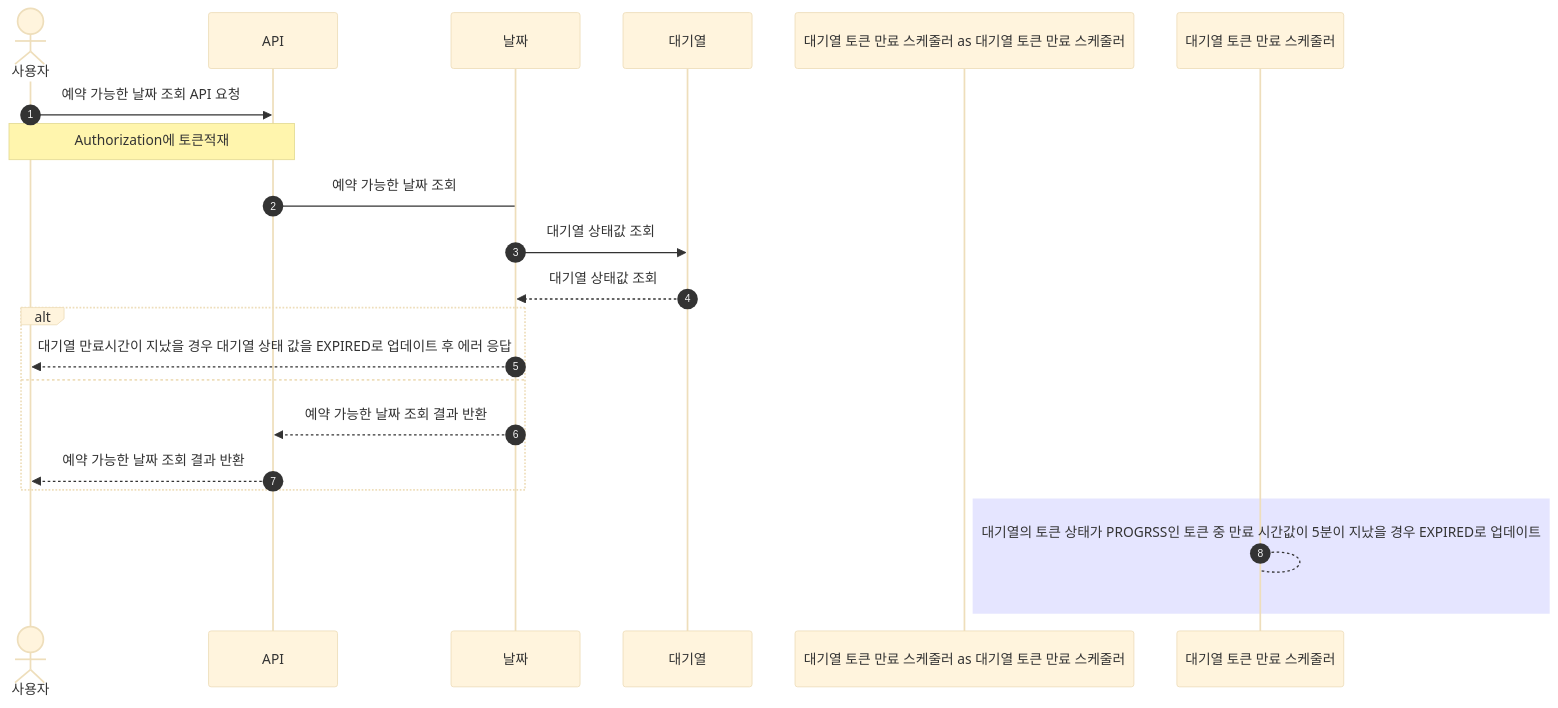
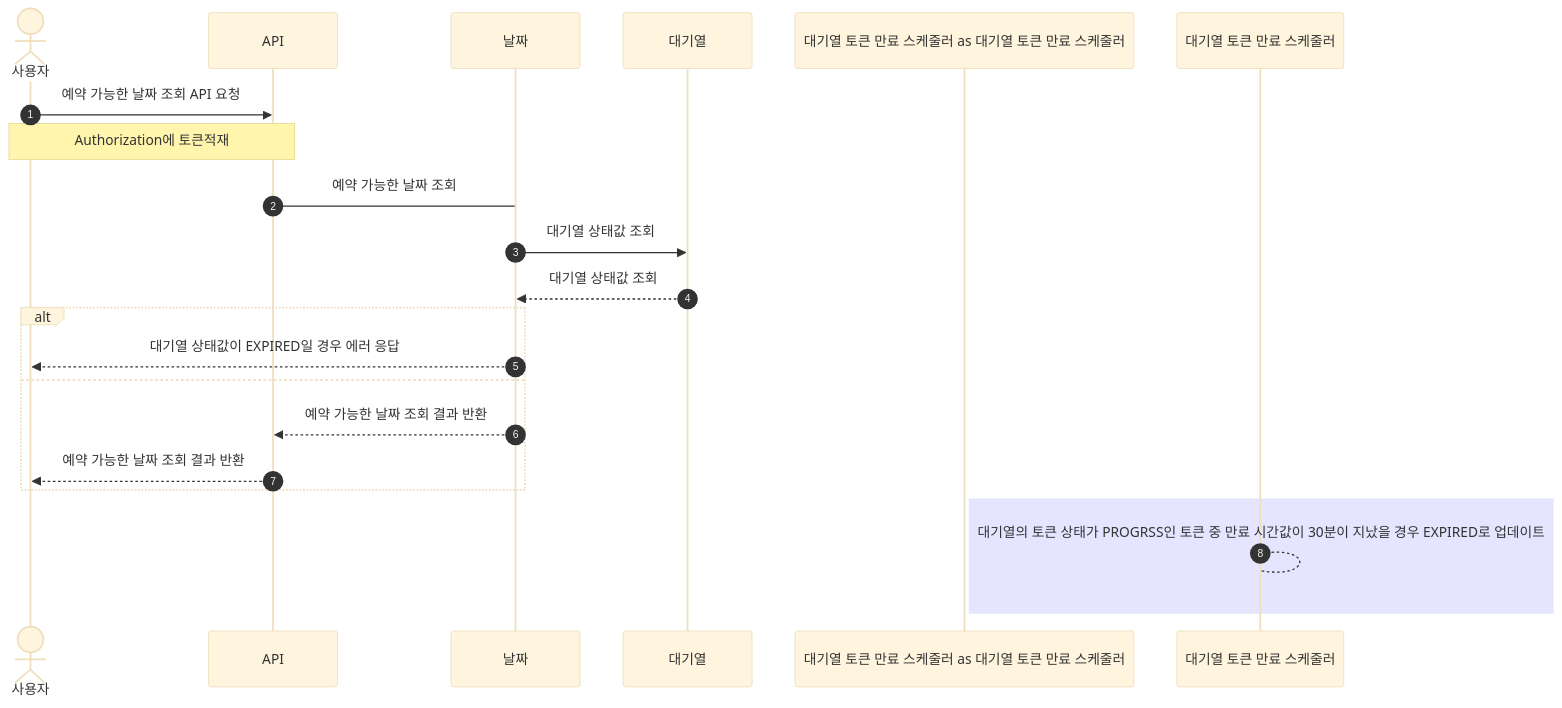
One commit to jikimee64/hhplus-concert changed the second of 7 diagrams in docs/sequence.md. Above: the diagram before and after it, drawn with Mermaid (base theme). The commit also changed other lines of this file and 71 other files, not shown here.

````diff
--- a/docs/sequence.md
+++ b/docs/sequence.md
@@ -36,24 +39,24 @@
 ```mermaid
 sequenceDiagram
     autonumber
     actor 사용자 as 사용자
     participant API as API
     participant 날짜 as 날짜
     participant 대기열 as 대기열
     participant 대기열 토큰 만료 스케줄러 as 대기열 토큰 만료 스케줄러
     사용자 ->> API: 예약 가능한 날짜 조회 API 요청
     Note over 사용자, API: Authorization에 토큰적재
     API -> 날짜: 예약 가능한 날짜 조회
     날짜 ->> 대기열: 대기열 상태값 조회
     대기열 -->> 날짜: 대기열 상태값 조회
     alt
-        날짜 -->> 사용자: 대기열 만료시간이 지났을 경우 대기열 상태 값을 EXPIRED로 업데이트 후 에러 응답
+        날짜 -->> 사용자: 대기열 상태값이 EXPIRED일 경우 에러 응답
     else
         날짜 -->> API: 예약 가능한 날짜 조회 결과 반환
         API -->> 사용자: 예약 가능한 날짜 조회 결과 반환
     end
 
     rect rgba(0, 0, 255, .1)
-        대기열 토큰 만료 스케줄러 --> 대기열 토큰 만료 스케줄러: 대기열의 토큰 상태가 PROGRSS인 토큰 중 만료 시간값이 5분이 지났을 경우 EXPIRED로 업데이트
+        대기열 토큰 만료 스케줄러 --> 대기열 토큰 만료 스케줄러: 대기열의 토큰 상태가 PROGRSS인 토큰 중 만료 시간값이 30분이 지났을 경우 EXPIRED로 업데이트
     end
 ```
````
